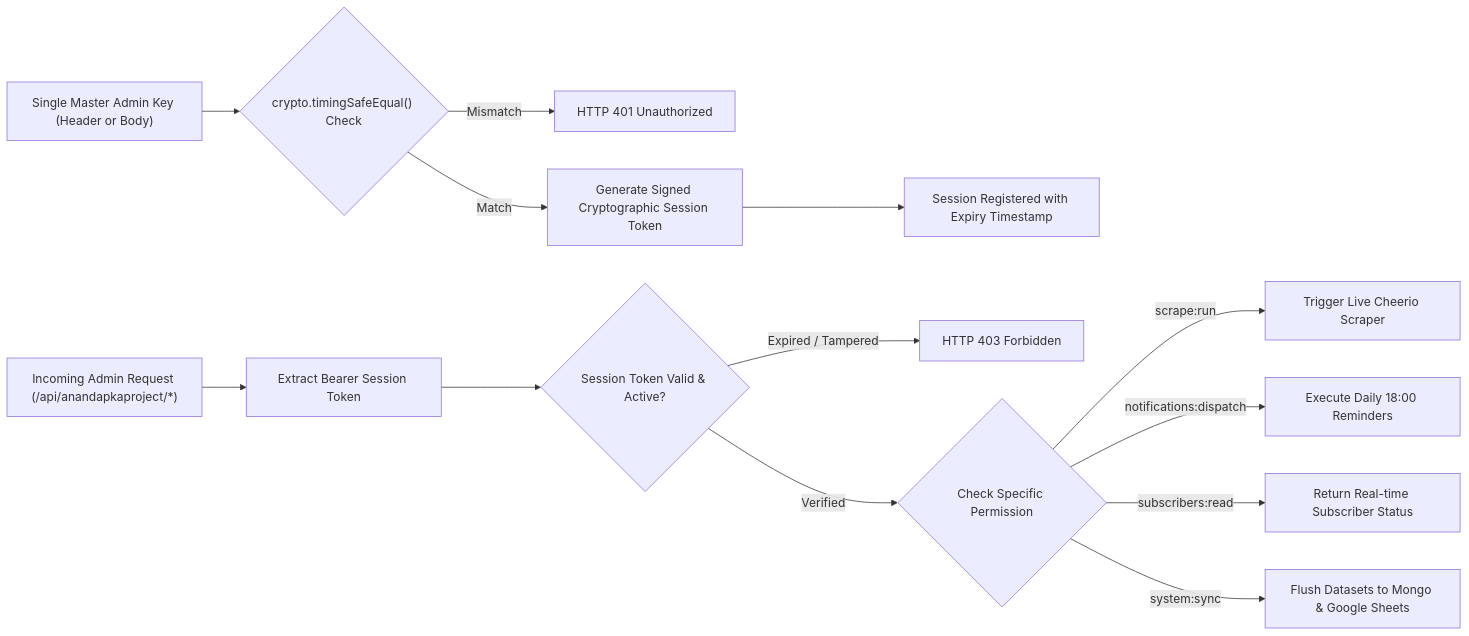
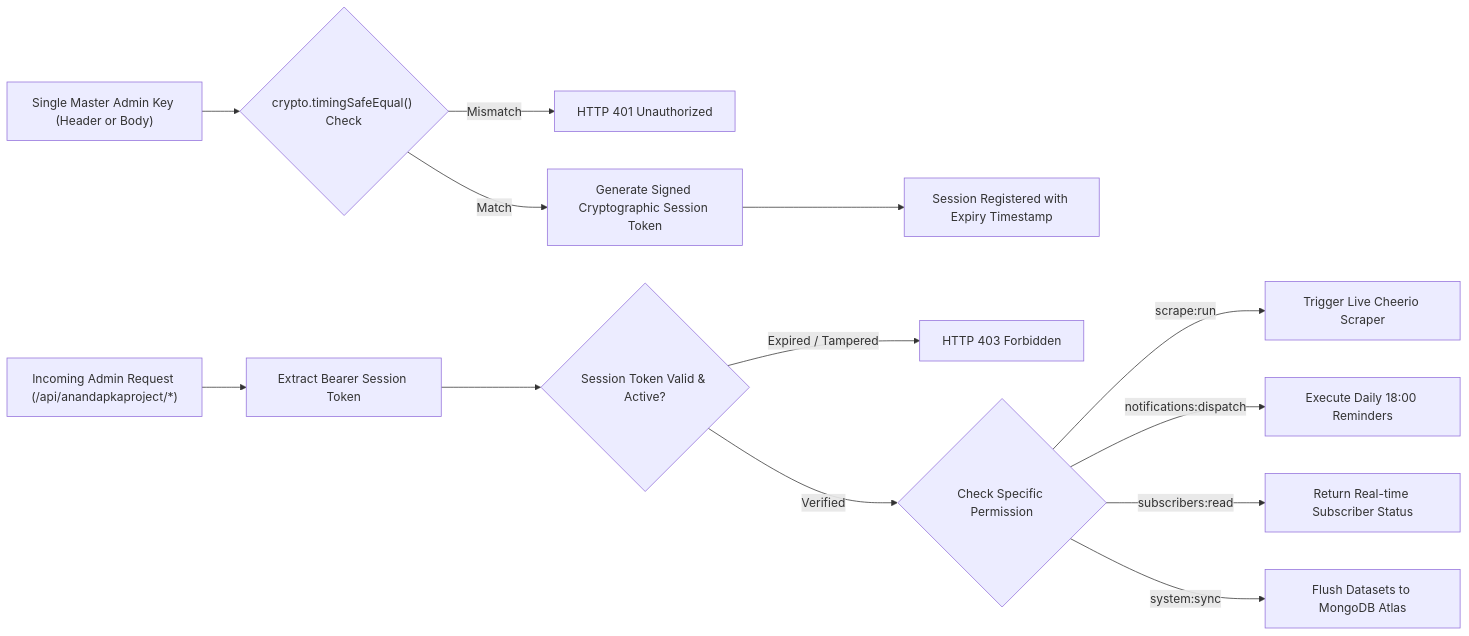
The third of 3 diagrams in README.md (Inscrutable21/Sarkari_Result), drawn with Mermaid before and after one commit. The commit also changed other lines of this file and 11 other files, not shown here.

````diff
--- a/README.md
+++ b/README.md
@@ -181,17 +179,17 @@
 ```mermaid
 flowchart LR
     AdminInput["Single Master Admin Key (Header or Body)"] --> TimingCheck{"crypto.timingSafeEqual() Check"}
     TimingCheck -->|"Mismatch"| Reject401["HTTP 401 Unauthorized"]
     TimingCheck -->|"Match"| TokenGen["Generate Signed Cryptographic Session Token"]
     TokenGen --> SessionStore["Session Registered with Expiry Timestamp"]
     
     Request["Incoming Admin Request (/api/anandapkaproject/*)"] --> HeaderToken["Extract Bearer Session Token"]
     HeaderToken --> TokenValidator{"Session Token Valid & Active?"}
     TokenValidator -->|"Expired / Tampered"| Reject403["HTTP 403 Forbidden"]
     TokenValidator -->|"Verified"| RBACGate{"Check Specific Permission"}
     
     RBACGate -->|"scrape:run"| ScraperAction["Trigger Live Cheerio Scraper"]
     RBACGate -->|"notifications:dispatch"| BatchReminderAction["Execute Daily 18:00 Reminders"]
     RBACGate -->|"subscribers:read"| DiagnosticsAction["Return Real-time Subscriber Status"]
-    RBACGate -->|"system:sync"| CloudSyncAction["Flush Datasets to Mongo & Google Sheets"]
+    RBACGate -->|"system:sync"| CloudSyncAction["Flush Datasets to MongoDB Atlas"]
 ```
````
